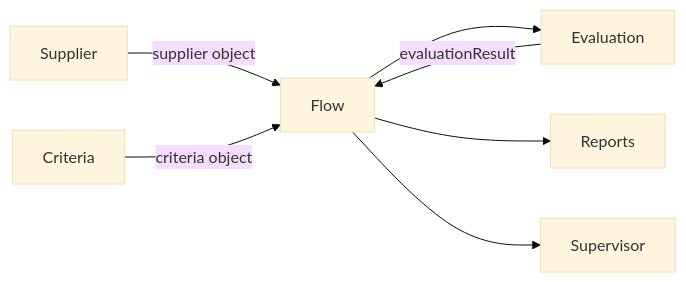
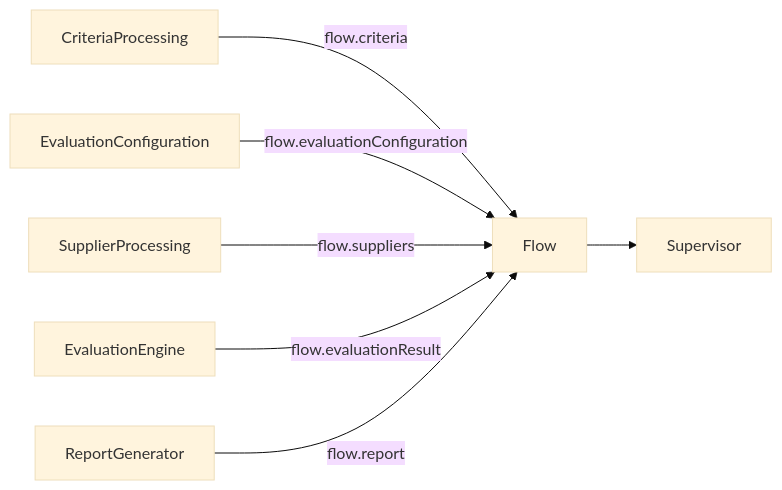
One commit to adityarane-ai/Agentic-Orchestrations changed the fourth of 7 diagrams in Bid Analysis Agent/04-System-Architecture.md. Above: the diagram before and after it, drawn with Mermaid (base theme). The commit also changed other lines of this file, not shown here.

````diff
--- a/Bid Analysis Agent/04-System-Architecture.md
+++ b/Bid Analysis Agent/04-System-Architecture.md
@@ -287,15 +436,15 @@
 ```mermaid
 flowchart LR
 
-Supplier -->|supplier object| Flow
+CriteriaProcessing -->|flow.criteria| Flow
 
-Criteria -->|criteria object| Flow
+EvaluationConfiguration -->|flow.evaluationConfiguration| Flow
 
-Flow --> Evaluation
+SupplierProcessing -->|flow.suppliers| Flow
 
-Evaluation -->|evaluationResult| Flow
+EvaluationEngine -->|flow.evaluationResult| Flow
 
-Flow --> Reports
+ReportGenerator -->|flow.report| Flow
 
 Flow --> Supervisor
 ```
````
